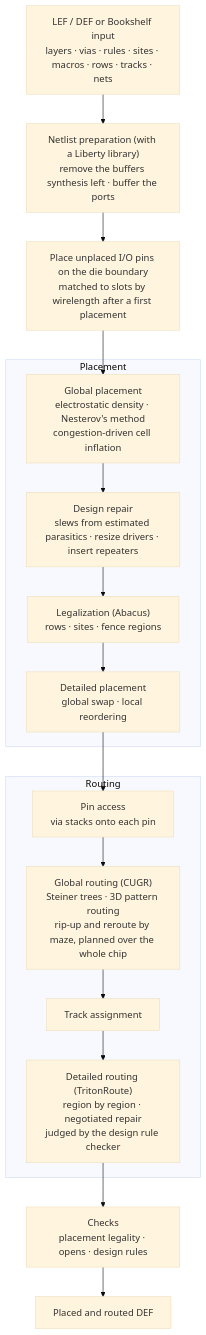
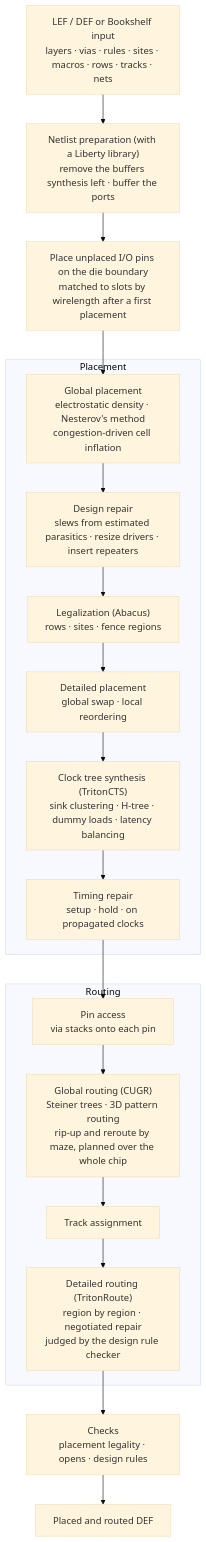
Before and after one commit to willmccallion/vlsi-physical-design: the diagram in README.md, drawn with Mermaid (base theme). The commit also changed other lines of this file, not shown here.

Commit message:
Remeasure the whole flows with clock trees and propagated clocks

````diff
--- a/README.md
+++ b/README.md
@@ -120,25 +120,27 @@
 ```mermaid
 flowchart TD
     INPUT["LEF / DEF or Bookshelf input<br/>layers · vias · rules · sites · macros · rows · tracks · nets"]
     NL["Netlist preparation (with a Liberty library)<br/>remove the buffers synthesis left · buffer the ports"]
     IO["Place unplaced I/O pins on the die boundary<br/>matched to slots by wirelength after a first placement"]
 
     subgraph PL["Placement"]
         GP["Global placement<br/>electrostatic density · Nesterov's method<br/>congestion-driven cell inflation"]
         RD["Design repair<br/>slews from estimated parasitics · resize drivers · insert repeaters"]
         LEG["Legalization (Abacus)<br/>rows · sites · fence regions"]
         DP["Detailed placement<br/>global swap · local reordering"]
+        CTS["Clock tree synthesis (TritonCTS)<br/>sink clustering · H-tree · dummy loads · latency balancing"]
+        TR["Timing repair<br/>setup · hold · on propagated clocks"]
     end
 
     subgraph RT["Routing"]
         PA["Pin access<br/>via stacks onto each pin"]
         GR["Global routing (CUGR)<br/>Steiner trees · 3D pattern routing<br/>rip-up and reroute by maze, planned over the whole chip"]
         TA["Track assignment"]
         DR["Detailed routing (TritonRoute)<br/>region by region · negotiated repair<br/>judged by the design rule checker"]
     end
 
     CHK["Checks<br/>placement legality · opens · design rules"]
     OUT["Placed and routed DEF"]
 
-    INPUT --> NL --> IO --> GP --> RD --> LEG --> DP --> PA --> GR --> TA --> DR --> CHK --> OUT
+    INPUT --> NL --> IO --> GP --> RD --> LEG --> DP --> CTS --> TR --> PA --> GR --> TA --> DR --> CHK --> OUT
 ```
````
